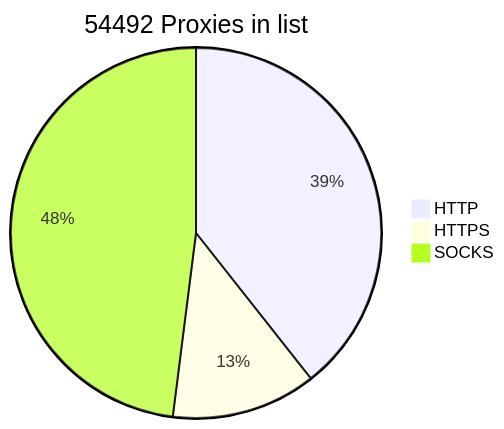
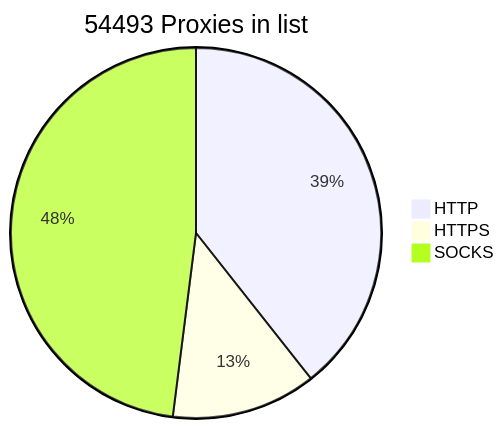
The diagram in README.md (BlackSnowDot/proxylist-update-every-minute), drawn with Mermaid before and after one commit.

````diff
--- a/README.md
+++ b/README.md
@@ -2,6 +2,6 @@
 ```mermaid
-pie title 54492 Proxies in list
+pie title 54493 Proxies in list
     "HTTP" : 24032
     "HTTPS": 7717
-    "SOCKS" : 29301
+    "SOCKS" : 29302
 ```
````
